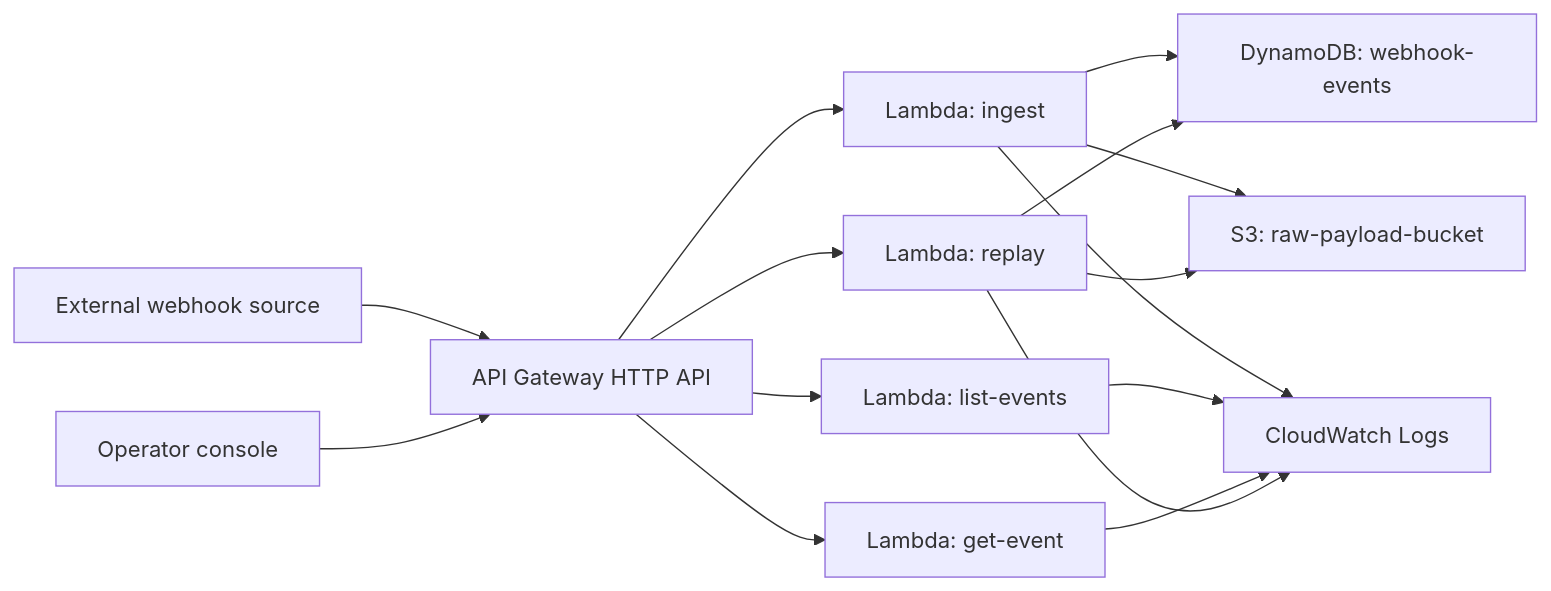
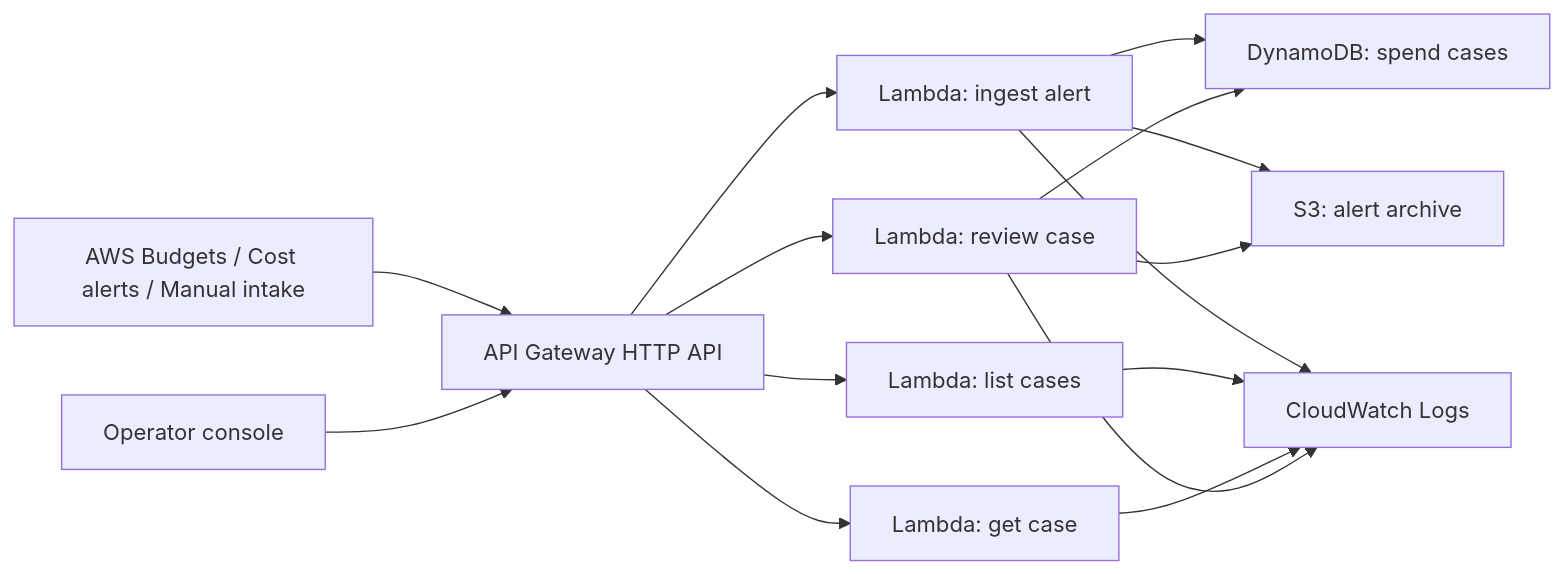
The diagram in docs/architecture.md (danglewaee/aws-proj), drawn with Mermaid before and after one commit. The commit also changed other lines of this file and 14 other files, not shown here.

Commit message:
Pivot webhook console into AWS spend inbox

````diff
--- a/docs/architecture.md
+++ b/docs/architecture.md
@@ -22,17 +21,17 @@
 ```mermaid
 flowchart LR
-    A["External webhook source"] --> B["API Gateway HTTP API"]
-    B --> C["Lambda: ingest"]
-    C --> D["DynamoDB: webhook-events"]
-    C --> E["S3: raw-payload-bucket"]
+    A["AWS Budgets / Cost alerts / Manual intake"] --> B["API Gateway HTTP API"]
+    B --> C["Lambda: ingest alert"]
+    C --> D["DynamoDB: spend cases"]
+    C --> E["S3: alert archive"]
     F["Operator console"] --> B
-    B --> G["Lambda: list-events"]
-    B --> H["Lambda: get-event"]
-    B --> I["Lambda: replay"]
+    B --> G["Lambda: list cases"]
+    B --> H["Lambda: get case"]
+    B --> I["Lambda: review case"]
     I --> D
     I --> E
     C --> J["CloudWatch Logs"]
     G --> J
     H --> J
     I --> J
 ```
````
